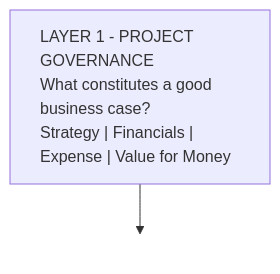
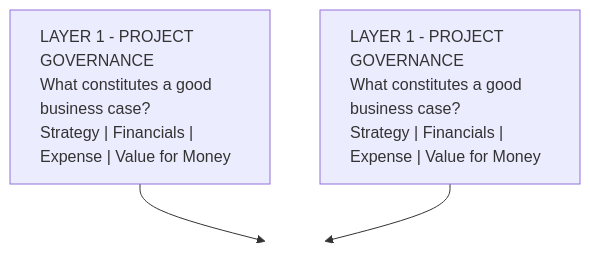
The third of 3 diagrams in README.md (dwiputris/business-case-automation), drawn with Mermaid before and after one commit.

````diff
--- a/README.md
+++ b/README.md
@@ -51,10 +51,15 @@
 ```mermaid
 flowchart TD
     Node1["LAYER 1 - PROJECT GOVERNANCE<br>What constitutes a good business case?<br>Strategy | Financials | Expense | Value for Money"]
     
     Node1 --> NextStep[ ]
     style NextStep fill:none,stroke:none
     
-    %% This line forces the text inside Node1 to align to the left
     style Node1 text-align:left
+    Node2["LAYER 1 - PROJECT GOVERNANCE<br>What constitutes a good business case?<br>Strategy | Financials | Expense | Value for Money"]
+    
+    Node2 --> NextStep[ ]
+    style NextStep fill:none,stroke:none
+    
+    style Node2 text-align:left
 ```
````
